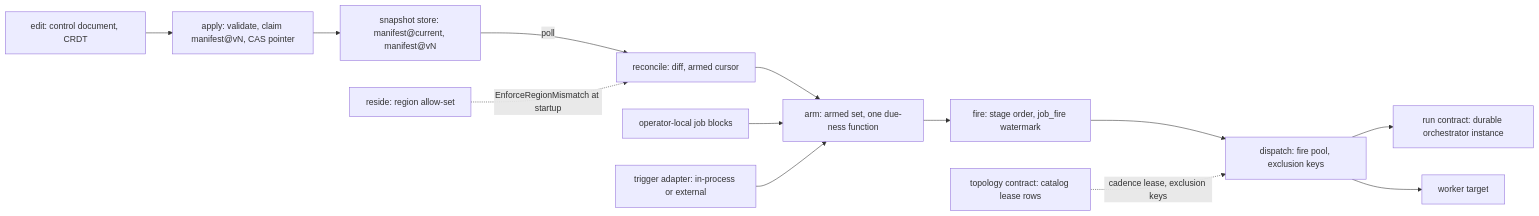
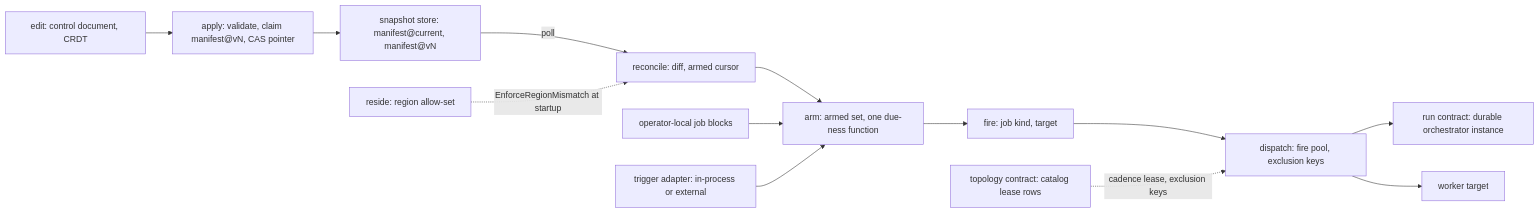
One commit to fractalboxdev/contextful changed the first of 5 diagrams in spec/70-control-plane.md. Above: the diagram before and after it, drawn with Mermaid. The commit also changed other lines of this file and 7 other files, not shown here.

````diff
--- a/spec/70-control-plane.md
+++ b/spec/70-control-plane.md
@@ -23,15 +23,15 @@
 ```mermaid
 flowchart LR
   ED["edit: control document, CRDT"] --> AP["apply: validate, claim manifest@vN, CAS pointer"]
   AP --> SNAP["snapshot store: manifest@current, manifest@vN"]
   SNAP -- "poll" --> RC["reconcile: diff, armed cursor"]
   RC --> ARM["arm: armed set, one due-ness function"]
   JOBS["operator-local job blocks"] --> ARM
   TRG["trigger adapter: in-process or external"] --> ARM
-  ARM --> FI["fire: stage order, job_fire watermark"]
+  ARM --> FI["fire: job kind, target"]
   FI --> DI["dispatch: fire pool, exclusion keys"]
   DI --> RUN["run contract: durable orchestrator instance"]
   DI --> WK["worker target"]
   CAT["topology contract: catalog lease rows"] -.->|"cadence lease, exclusion keys"| DI
   RS["reside: region allow-set"] -.->|"EnforceRegionMismatch at startup"| RC
 ```
````
